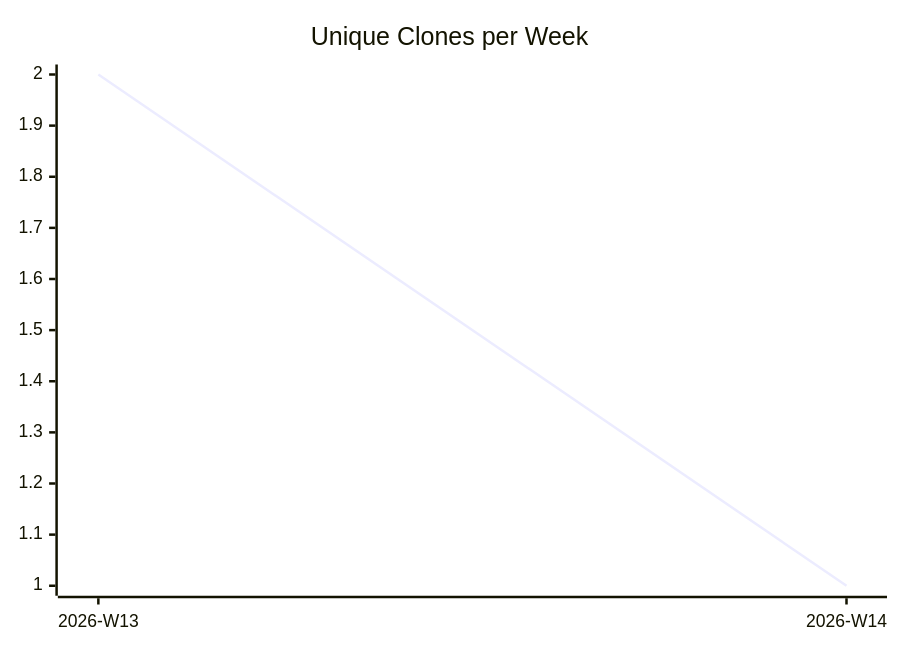
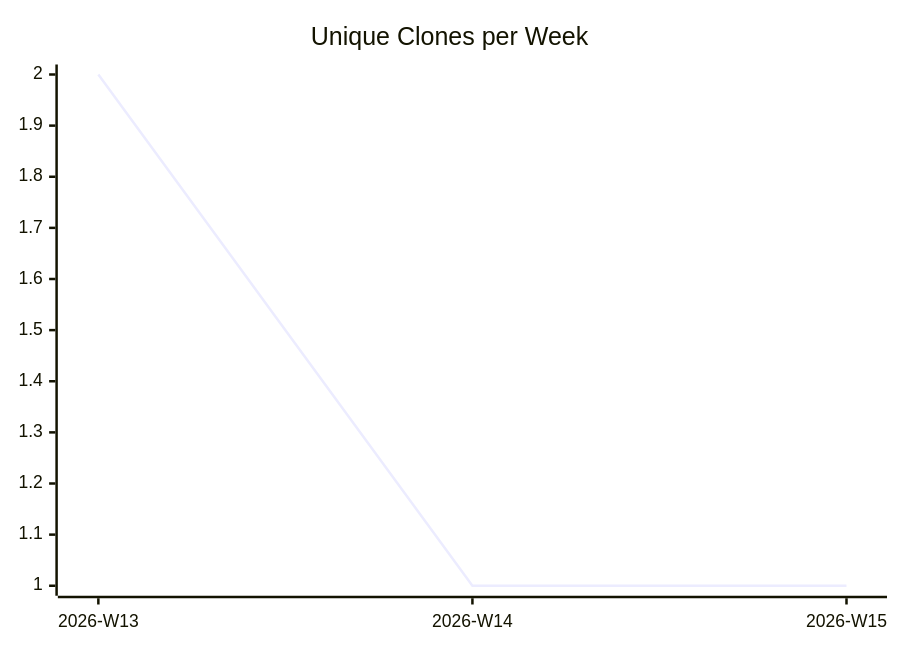
The third of 3 diagrams in karlmdavis/m2e-core/README.md (justdavis-family/github-analytics-data), drawn with Mermaid before and after one commit. The commit also changed other lines of this file and 190 other files, not shown here.

````diff
--- a/karlmdavis/m2e-core/README.md
+++ b/karlmdavis/m2e-core/README.md
@@ -19,6 +19,6 @@
 ```mermaid
 xychart-beta
   title "Unique Clones per Week"
-  x-axis ["2026-W13", "2026-W14"]
-  line [2, 1]
+  x-axis ["2026-W13", "2026-W14", "2026-W15"]
+  line [2, 1, 1]
 ```
````
